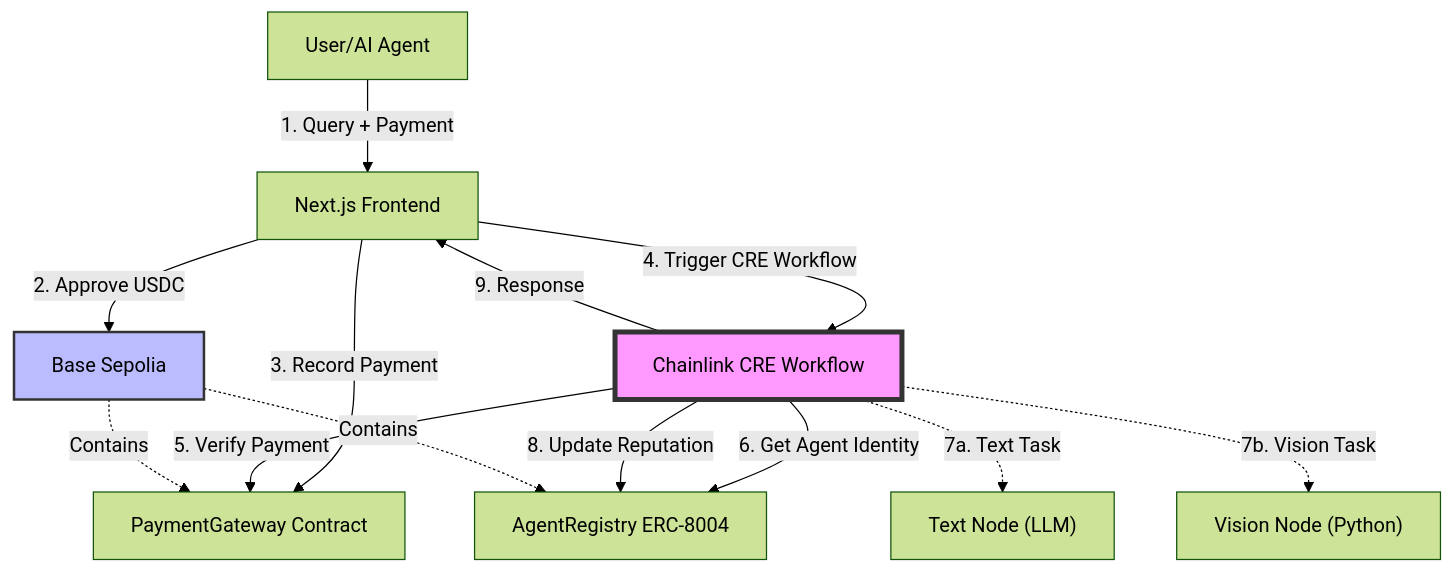
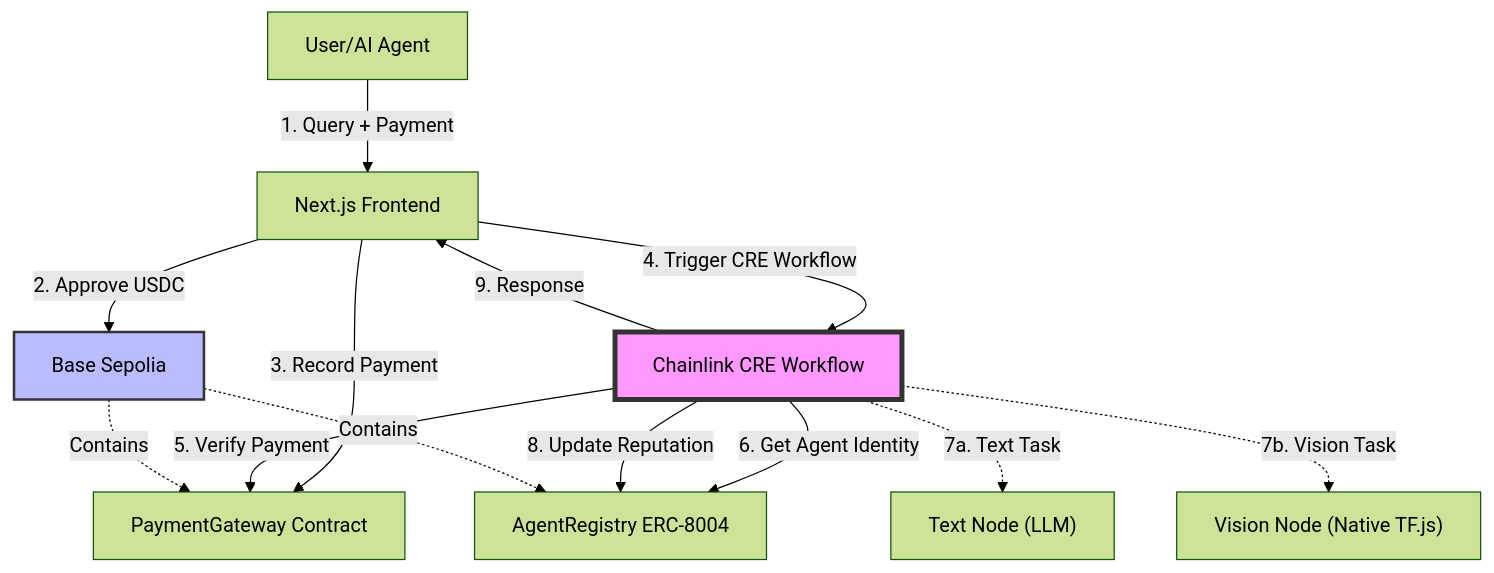
Before and after one commit to HACK3R-CRYPTO/MindChain-CRE-: the diagram in README.md, drawn with Mermaid (forest theme). The commit also changed other lines of this file and 62 other files, not shown here.

````diff
--- a/README.md
+++ b/README.md
@@ -56,22 +57,22 @@
 ```mermaid
 graph TB
     User[User/AI Agent] -->|1. Query + Payment| Frontend[Next.js Frontend]
     Frontend -->|2. Approve USDC| BaseSepolia[Base Sepolia]
     Frontend -->|3. Record Payment| PaymentGateway["PaymentGateway Contract"]
     Frontend -->|4. Trigger CRE Workflow| CRE[Chainlink CRE Workflow]
     
     CRE -->|5. Verify Payment| PaymentGateway
     CRE -->|6. Get Agent Identity| AgentRegistry["AgentRegistry ERC-8004"]
     
     CRE -.->|7a. Text Task| Gemini["Text Node (LLM)"]
-    CRE -.->|7b. Vision Task| VisionNode["Vision Node (Python)"]
+    CRE -.->|7b. Vision Task| VisionNode["Vision Node (Native TF.js)"]
     
     CRE -->|8. Update Reputation| AgentRegistry
     CRE -->|9. Response| Frontend
     
     BaseSepolia -.->|Contains| PaymentGateway
     BaseSepolia -.->|Contains| AgentRegistry
     
     style CRE fill:#f9f,stroke:#333,stroke-width:4px
     style BaseSepolia fill:#bbf,stroke:#333,stroke-width:2px
 ```
````
